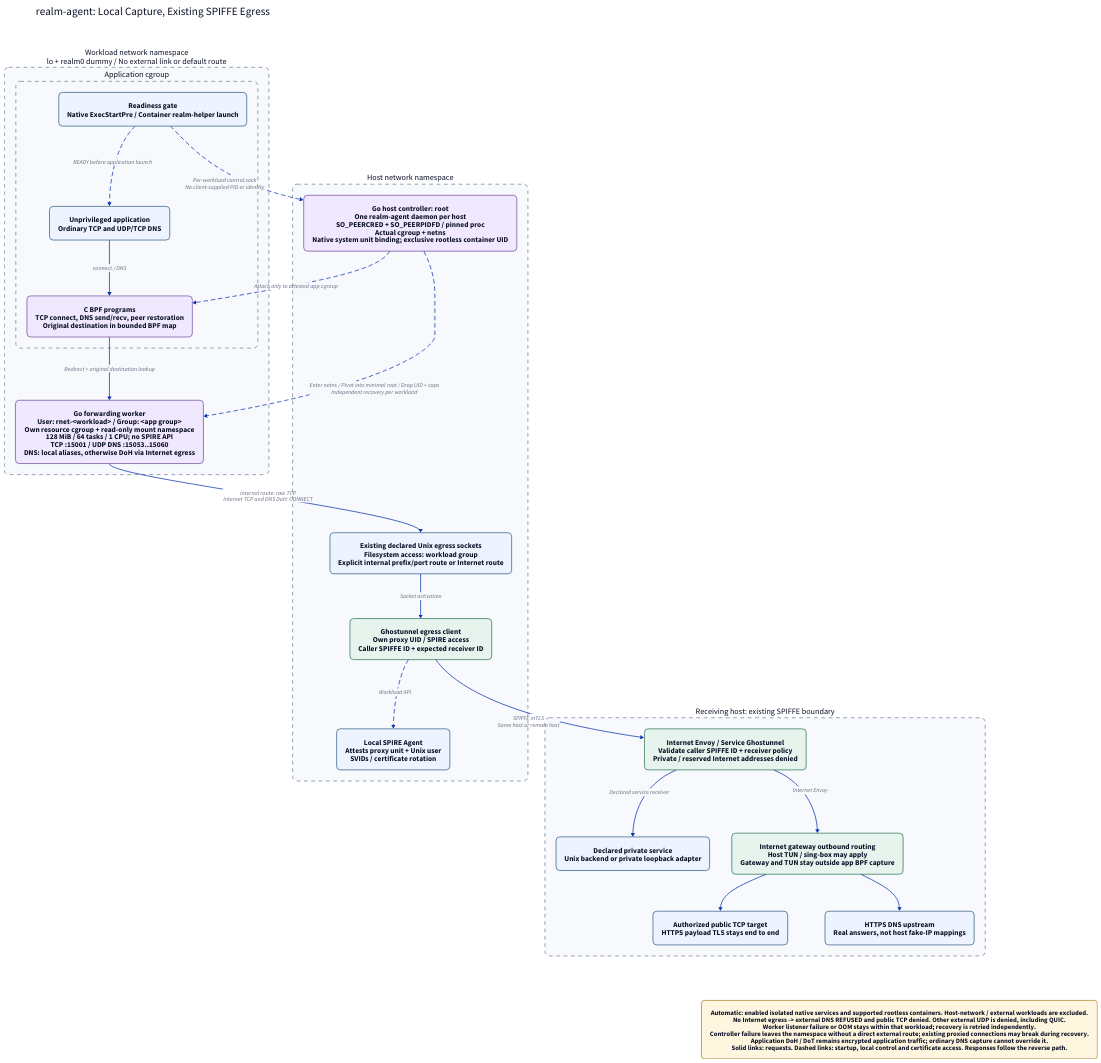
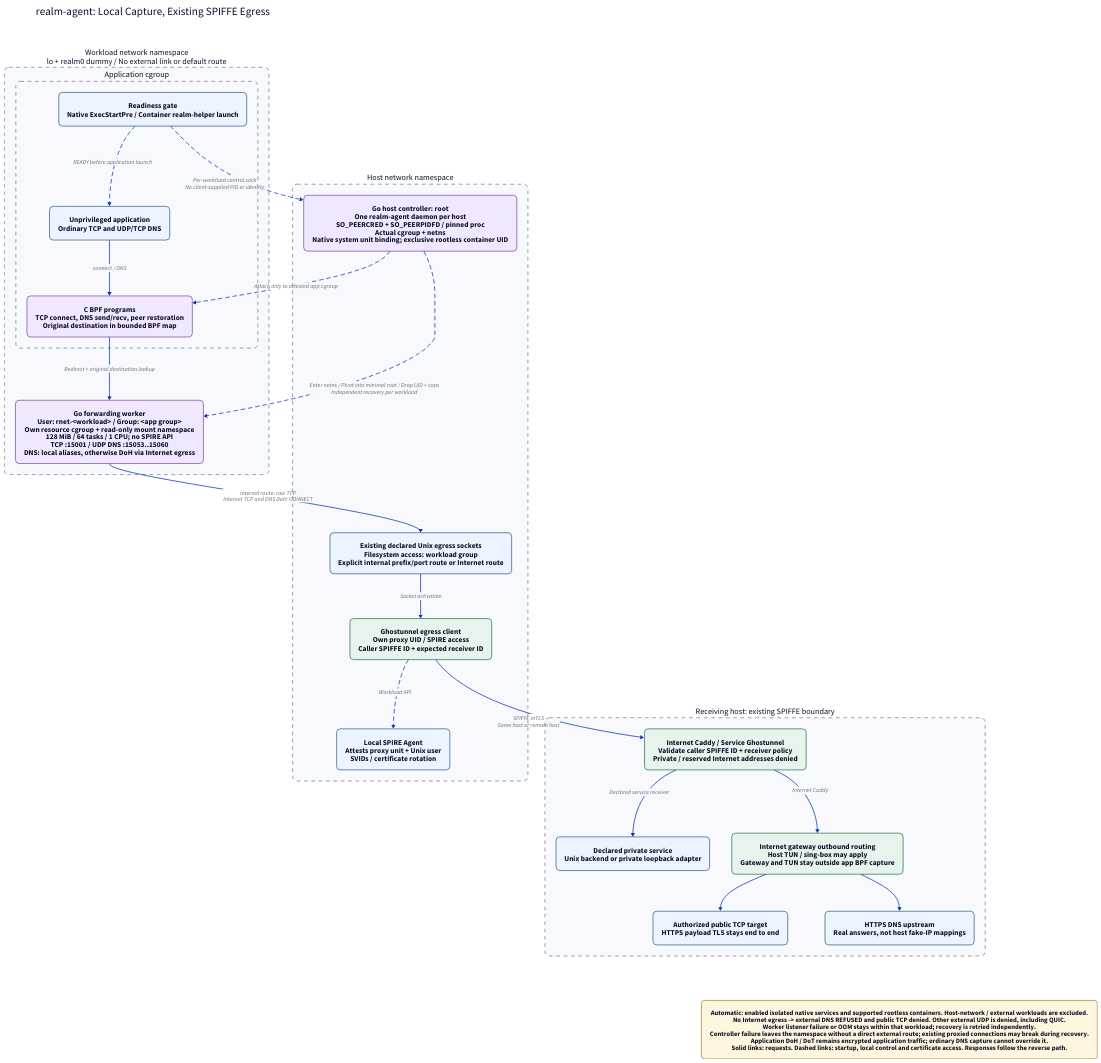
Before and after one commit to oluceps/nixos-config: the diagram in layout/transparent-egress.d2, drawn with D2. The commit also changed 51 other files, not shown here.

```diff
--- a/layout/transparent-egress.d2
+++ b/layout/transparent-egress.d2
@@ -1,57 +1,57 @@
 direction: down
 vars: { d2-config: { theme-id: 0 } }
 classes: {
   node: { style: { fill: "#eef4ff"; stroke: "#37628b"; border-radius: 10; font-size: 20 } }
   gateway: { style: { fill: "#e6f4ed"; stroke: "#31765b"; border-radius: 10; font-size: 20 } }
   agent: { style: { fill: "#f0e8ff"; stroke: "#7652a2"; border-radius: 10; font-size: 20 } }
   note: { style: { fill: "#fff6df"; stroke: "#aa8330"; border-radius: 8; font-size: 18 } }
   boundary: { style: { fill: "#f7f9fc"; stroke: "#71839b"; stroke-dash: 5; border-radius: 12; font-size: 22 } }
 }
 title: "realm-agent: Local Capture, Existing SPIFFE Egress" { shape: text; style.font-size: 30 }
 
 private: "Workload network namespace\nlo + realm0 dummy / No external link or default route" {
   class: boundary
   app_cgroup: "Application cgroup" {
     class: boundary
     gate: "Readiness gate\nNative ExecStartPre / Container realm-helper launch" { class: node }
     app: "Unprivileged application\nOrdinary TCP and UDP/TCP DNS" { class: node }
     hooks: "C BPF programs\nTCP connect, DNS send/recv, peer restoration\nOriginal destination in bounded BPF map" { class: agent }
     gate -> app: "READY before application launch" { style.stroke-dash: 5 }
     app -> hooks: "connect / DNS"
   }
   worker: "Go forwarding worker\nUser: rnet-<workload> / Group: <app group>\nOwn resource cgroup + read-only mount namespace\n128 MiB / 64 tasks / 1 CPU; no SPIRE API\nTCP :15001 / UDP DNS :15053..15060\nDNS: local aliases, otherwise DoH via Internet egress" { class: agent }
   app_cgroup.hooks -> worker: "Redirect + original destination lookup"
 }
 
 host: "Host network namespace" {
   class: boundary
   controller: "Go host controller: root\nOne realm-agent daemon per host\nSO_PEERCRED + SO_PEERPIDFD / pinned proc\nActual cgroup + netns\nNative system unit binding; exclusive rootless container UID" { class: agent }
   socket: "Existing declared Unix egress sockets\nFilesystem access: workload group\nExplicit internal prefix/port route or Internet route" { class: node }
   client: "Ghostunnel egress client\nOwn proxy UID / SPIRE access\nCaller SPIFFE ID + expected receiver ID" { class: gateway }
   spire: "Local SPIRE Agent\nAttests proxy unit + Unix user\nSVIDs / certificate rotation" { class: node }
   socket -> client: "Socket activation"
   client -> spire: "Workload API" { style.stroke-dash: 5 }
 }
 
 private.app_cgroup.gate -> host.controller: "Per-workload control.sock\nNo client-supplied PID or identity" { style.stroke-dash: 5 }
 host.controller -> private.app_cgroup.hooks: "Attach only to attested app cgroup" { style.stroke-dash: 5 }
 host.controller -> private.worker: "Enter netns / Pivot into minimal root / Drop UID + caps\nIndependent recovery per workload" { style.stroke-dash: 5 }
 private.worker -> host.socket: "Internal route: raw TCP\nInternet TCP and DNS DoH: CONNECT"
 
 receiver: "Receiving host: existing SPIFFE boundary" {
   class: boundary
-  gateway: "Internet Envoy / Service Ghostunnel\nValidate caller SPIFFE ID + receiver policy\nPrivate / reserved Internet addresses denied" { class: gateway }
+  gateway: "Internet Caddy / Service Ghostunnel\nValidate caller SPIFFE ID + receiver policy\nPrivate / reserved Internet addresses denied" { class: gateway }
   internal: "Declared private service\nUnix backend or private loopback adapter" { class: node }
   routing: "Internet gateway outbound routing\nHost TUN / sing-box may apply\nGateway and TUN stay outside app BPF capture" { class: gateway }
   internet: "Authorized public TCP target\nHTTPS payload TLS stays end to end" { class: node }
   doh: "HTTPS DNS upstream\nReal answers, not host fake-IP mappings" { class: node }
   gateway -> internal: "Declared service receiver"
-  gateway -> routing: "Internet Envoy"
+  gateway -> routing: "Internet Caddy"
   routing -> internet
   routing -> doh
 }
 host.client -> receiver.gateway: "SPIFFE mTLS\nSame host or remote host"
 
 note: "Automatic: enabled isolated native services and supported rootless containers. Host-network / external workloads are excluded.\nNo Internet egress -> external DNS REFUSED and public TCP denied. Other external UDP is denied, including QUIC.\nWorker listener failure or OOM stays within that workload; recovery is retried independently.\nController failure leaves the namespace without a direct external route; existing proxied connections may break during recovery.\nApplication DoH / DoT remains encrypted application traffic; ordinary DNS capture cannot override it.\nSolid links: requests. Dashed links: startup, local control and certificate access. Responses follow the reverse path." { class: note }
 title -> private: { style.opacity: 0 }
 receiver -> note: { style.opacity: 0 }
```
